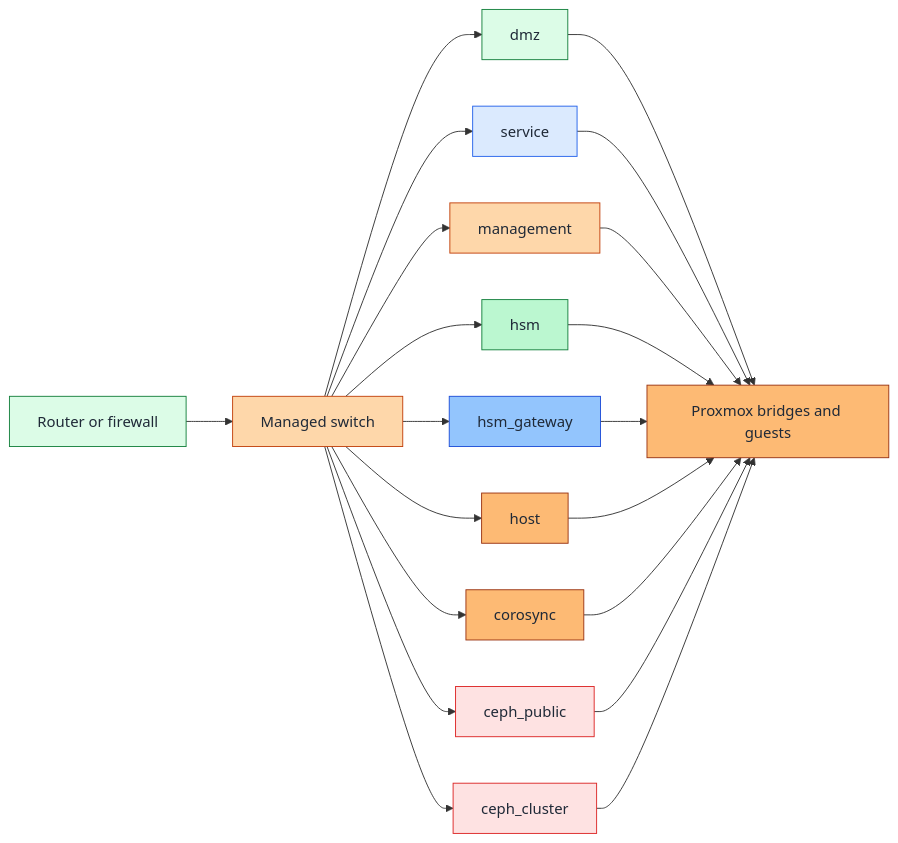
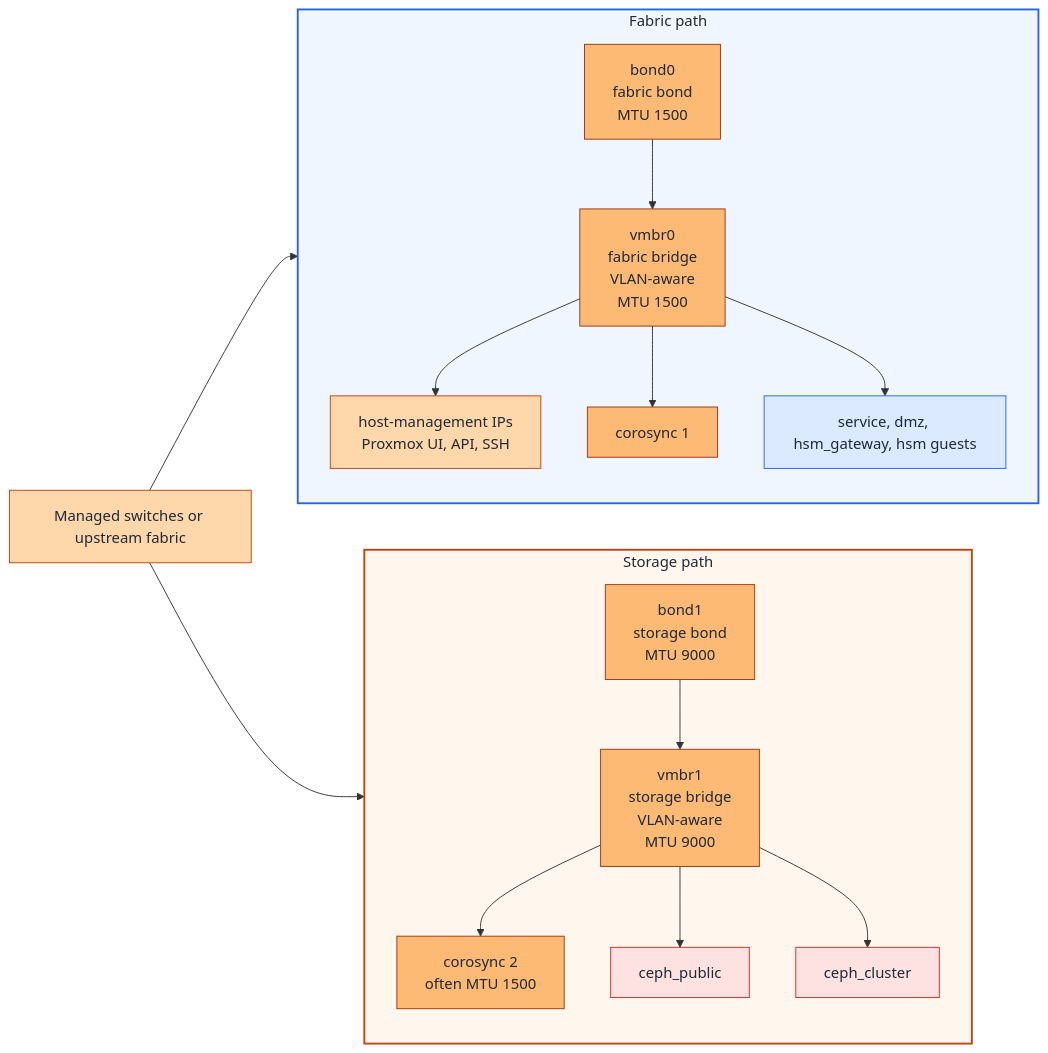
Before and after one commit to Rexus/homelab: the diagram in docs/platforms/proxmox/network-prerequisites.md, drawn with Mermaid. The commit also changed other lines of this file and 11 other files, not shown here.

````diff
--- a/docs/platforms/proxmox/network-prerequisites.md
+++ b/docs/platforms/proxmox/network-prerequisites.md
@@ -50,51 +60,48 @@
 ```mermaid
 flowchart LR
-    Router[Router or firewall]
-    Switch[Managed switch]
-    DMZ[dmz]
-    Service[service]
-    Mgmt[management]
-    HSM[hsm]
-    HSMGateway[hsm_gateway]
-    Host[host]
-    Corosync[corosync]
-    CephPublic[ceph_public]
-    CephCluster[ceph_cluster]
-    Proxmox[Proxmox bridges and guests]
+    Switches[Managed switches or upstream fabric]
 
-    Router --> Switch
-    Switch --> DMZ
-    Switch --> Service
-    Switch --> Mgmt
-    Switch --> HSM
-    Switch --> HSMGateway
-    Switch --> Host
-    Switch --> Corosync
-    Switch --> CephPublic
-    Switch --> CephCluster
-    DMZ --> Proxmox
-    Service --> Proxmox
-    Mgmt --> Proxmox
-    HSM --> Proxmox
-    HSMGateway --> Proxmox
-    Host --> Proxmox
-    Corosync --> Proxmox
-    CephPublic --> Proxmox
-    CephCluster --> Proxmox
+    subgraph Fabric["Storage path"]
+      direction TB
+      Bond0[bond1<br/>storage bond<br/>MTU 9000]
+      Vmbr0[vmbr1<br/>storage bridge<br/>VLAN-aware<br/>MTU 9000]
+      Mgmt[corosync 2<br/>often MTU 1500]
+      Corosync1[ceph_public]
+      Guests[ceph_cluster]
 
-    classDef edgeNode fill:#dcfce7,stroke:#15803d,color:#1f2937
+      Bond0 --> Vmbr0
+      Vmbr0 --> Mgmt
+      Vmbr0 --> Corosync1
+      Vmbr0 --> Guests
+    end
+
+    subgraph Storage["Fabric path"]
+      direction TB
+      Bond1[bond0<br/>fabric bond<br/>MTU 1500]
+      Vmbr1[vmbr0<br/>fabric bridge<br/>VLAN-aware<br/>MTU 1500]
+      Corosync2[host-management IPs<br/>Proxmox UI, API, SSH]
+      CephPublic[corosync 1]
+      CephCluster[service, dmz, hsm_gateway, hsm guests]
+
+      Bond1 --> Vmbr1
+      Vmbr1 --> Corosync2
+      Vmbr1 --> CephPublic
+      Vmbr1 --> CephCluster
+    end
+
+    Switches --> Bond0
+    Switches --> Bond1
+
+    style Fabric fill:#fff7ed,stroke:#c2410c,stroke-width:2px,color:#1f2937
+    style Storage fill:#eff6ff,stroke:#2563eb,stroke-width:2px,color:#1f2937
+
+    classDef mgmtNode fill:#fed7aa,stroke:#c2410c,color:#1f2937
     classDef appNode fill:#dbeafe,stroke:#2563eb,color:#1f2937
-    classDef gatewayNode fill:#93c5fd,stroke:#1d4ed8,color:#1f2937
-    classDef mgmtNode fill:#fed7aa,stroke:#c2410c,color:#1f2937
     classDef proxmoxNode fill:#fdba74,stroke:#9a3412,color:#1f2937
-    classDef hsmNode fill:#bbf7d0,stroke:#15803d,color:#1f2937
     classDef cephNode fill:#fee2e2,stroke:#dc2626,color:#1f2937
 
-    class Router,DMZ edgeNode
-    class Service appNode
-    class HSMGateway gatewayNode
-    class Switch,Mgmt mgmtNode
-    class HSM hsmNode
-    class Host,Corosync,Proxmox proxmoxNode
-    class CephPublic,CephCluster cephNode
+    class Switches,Corosync2 mgmtNode
+    class CephCluster appNode
+    class Bond0,Bond1,Vmbr0,Vmbr1,Mgmt,CephPublic proxmoxNode
+    class Corosync1,Guests cephNode
 ```
````
